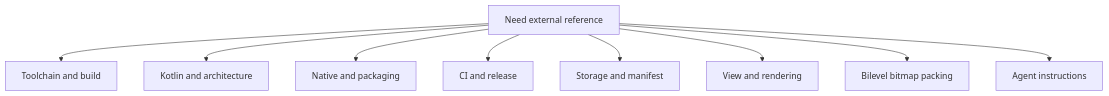
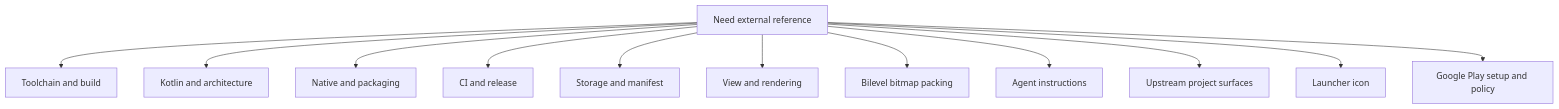
Before and after one commit to ppigazzini/r47zen: the diagram in android/docs/dev/09-official-references.md, drawn with Mermaid. The commit also changed other lines of this file and 13 other files, not shown here.

````diff
--- a/android/docs/dev/09-official-references.md
+++ b/android/docs/dev/09-official-references.md
@@ -14,21 +14,27 @@
 ```mermaid
 flowchart TD
   A[Need external reference]
   B[Toolchain and build]
   C[Kotlin and architecture]
   D[Native and packaging]
   E[CI and release]
   F[Storage and manifest]
   G[View and rendering]
   H[Bilevel bitmap packing]
   I[Agent instructions]
+  J[Upstream project surfaces]
+  K[Launcher icon]
+  L[Google Play setup and policy]
 
   A --> B
   A --> C
   A --> D
   A --> E
   A --> F
   A --> G
   A --> H
   A --> I
+  A --> J
+  A --> K
+  A --> L
 ```
````
